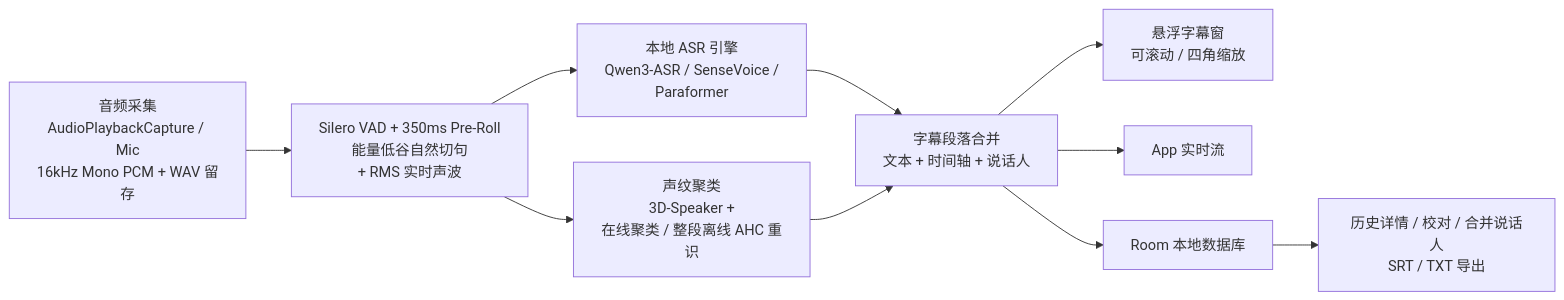
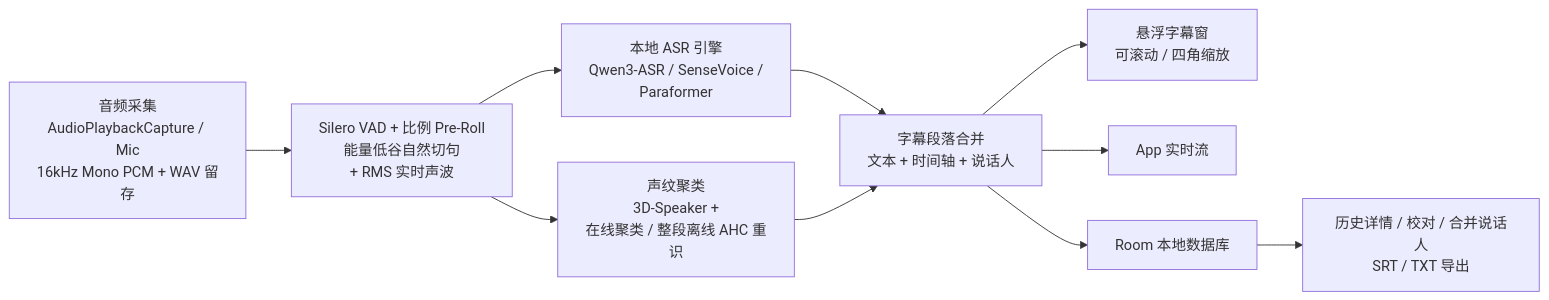
The diagram in README.md (SaitoTommo/Android_Local_Live_Caption), drawn with Mermaid before and after one commit. The commit also changed other lines of this file and 6 other files, not shown here.

Commit message:
fix: use exact Silero VAD start sample and configurable proportional silence pre-roll

````diff
--- a/README.md
+++ b/README.md
@@ -63,12 +63,12 @@
 ```mermaid
 flowchart LR
-    A["音频采集<br/>AudioPlaybackCapture / Mic<br/>16kHz Mono PCM + WAV 留存"] --> B["Silero VAD + 350ms Pre-Roll<br/>能量低谷自然切句<br/>+ RMS 实时声波"]
+    A["音频采集<br/>AudioPlaybackCapture / Mic<br/>16kHz Mono PCM + WAV 留存"] --> B["Silero VAD + 比例 Pre-Roll<br/>能量低谷自然切句<br/>+ RMS 实时声波"]
     B --> C["本地 ASR 引擎<br/>Qwen3-ASR / SenseVoice /<br/>Paraformer"]
     B --> D["声纹聚类<br/>3D-Speaker +<br/>在线聚类 / 整段离线 AHC 重识"]
     C --> E["字幕段落合并<br/>文本 + 时间轴 + 说话人"]
     D --> E
     E --> F["悬浮字幕窗<br/>可滚动 / 四角缩放"]
     E --> G["App 实时流"]
     E --> H["Room 本地数据库"]
     H --> I["历史详情 / 校对 / 合并说话人<br/>SRT / TXT 导出"]
 ```
````
